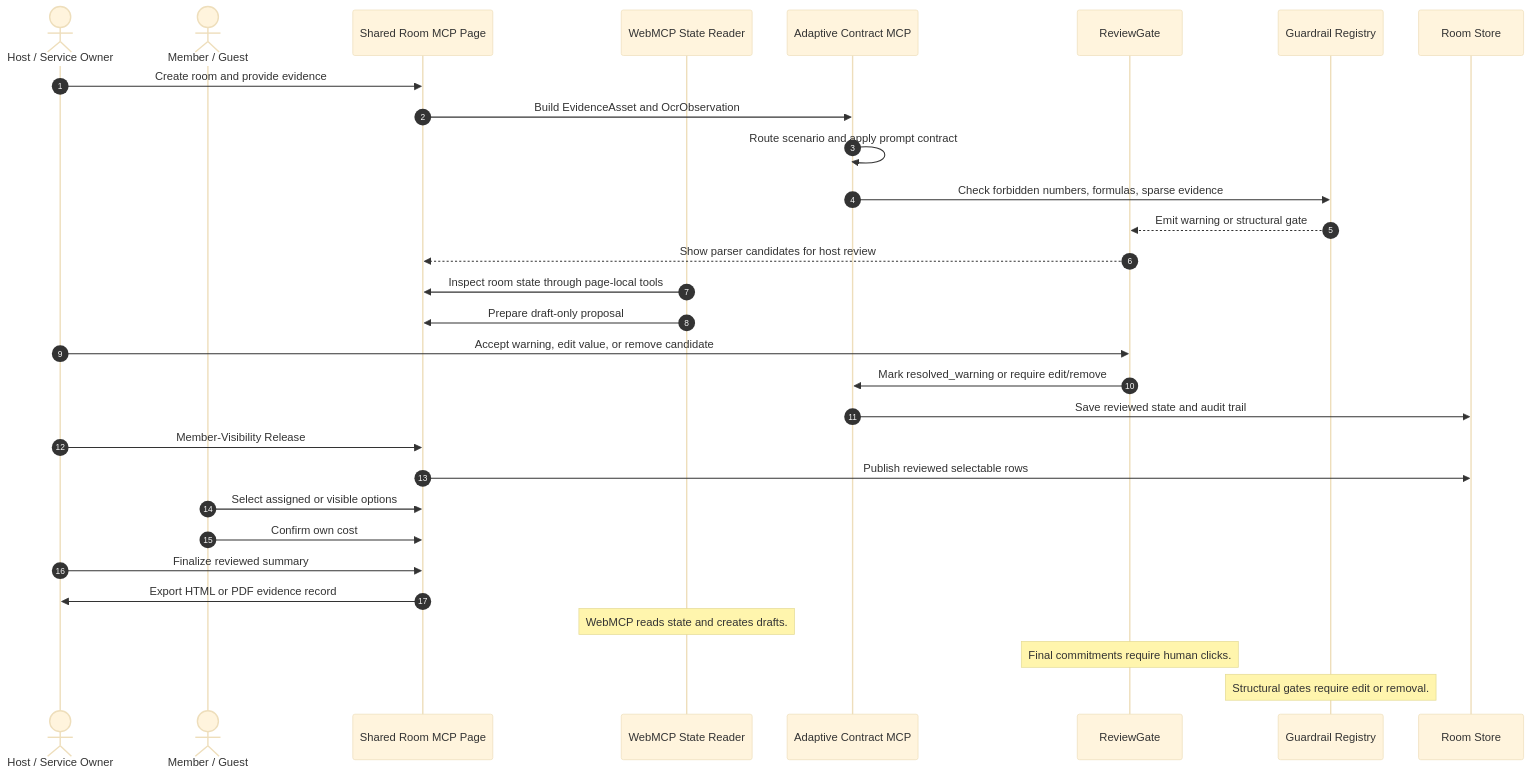
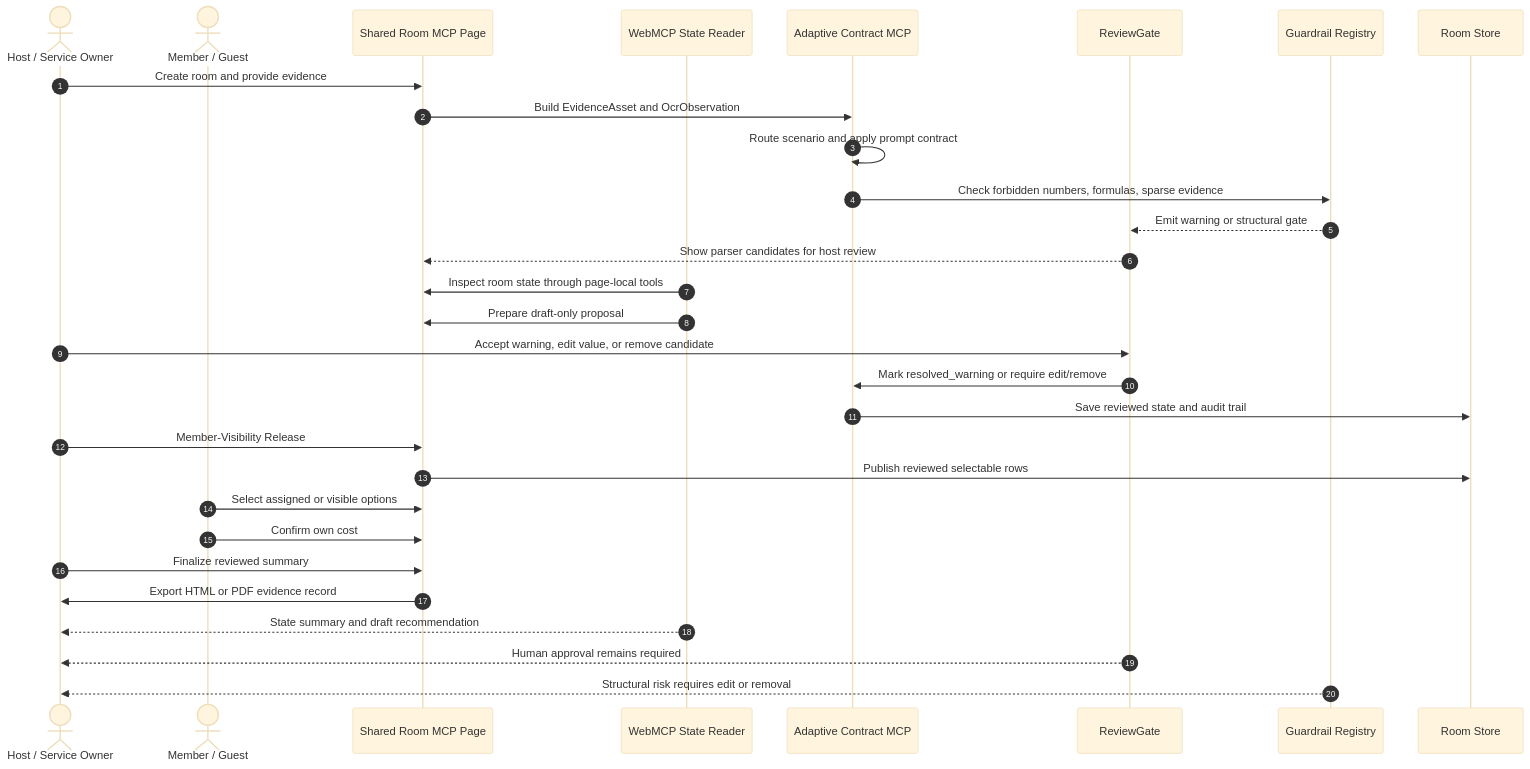
The first of 2 diagrams in docs/architecture/ADAPTIVE_CONTRACT_MCP.md (jiarong0423/shared-room-mcp), drawn with Mermaid (base theme) before and after one commit. The commit also changed other lines of this file and 25 other files, not shown here.

````diff
--- a/docs/architecture/ADAPTIVE_CONTRACT_MCP.md
+++ b/docs/architecture/ADAPTIVE_CONTRACT_MCP.md
@@ -9,34 +9,34 @@
 ```mermaid
 sequenceDiagram
   autonumber
   actor Host as Host / Service Owner
   actor Member as Member / Guest
   participant Page as Shared Room MCP Page
   participant WebMCP as WebMCP State Reader
   participant Contract as Adaptive Contract MCP
   participant Review as ReviewGate
   participant Guardrail as Guardrail Registry
   participant Store as Room Store
 
   Host->>Page: Create room and provide evidence
   Page->>Contract: Build EvidenceAsset and OcrObservation
   Contract->>Contract: Route scenario and apply prompt contract
   Contract->>Guardrail: Check forbidden numbers, formulas, sparse evidence
   Guardrail-->>Review: Emit warning or structural gate
   Review-->>Page: Show parser candidates for host review
   WebMCP->>Page: Inspect room state through page-local tools
   WebMCP->>Page: Prepare draft-only proposal
   Host->>Review: Accept warning, edit value, or remove candidate
   Review->>Contract: Mark resolved_warning or require edit/remove
   Contract->>Store: Save reviewed state and audit trail
   Host->>Page: Member-Visibility Release
   Page->>Store: Publish reviewed selectable rows
   Member->>Page: Select assigned or visible options
   Member->>Page: Confirm own cost
   Host->>Page: Finalize reviewed summary
   Page->>Host: Export HTML or PDF evidence record
 
-  Note over WebMCP: WebMCP reads state and creates drafts.
-  Note over Review: Final commitments require human clicks.
-  Note over Guardrail: Structural gates require edit or removal.
+  WebMCP-->>Host: State summary and draft recommendation
+  Review-->>Host: Human approval remains required
+  Guardrail-->>Host: Structural risk requires edit or removal
 ```
````
